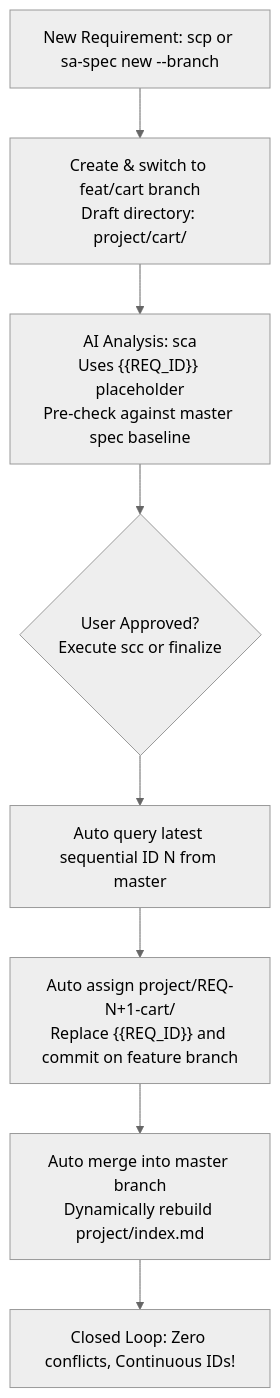
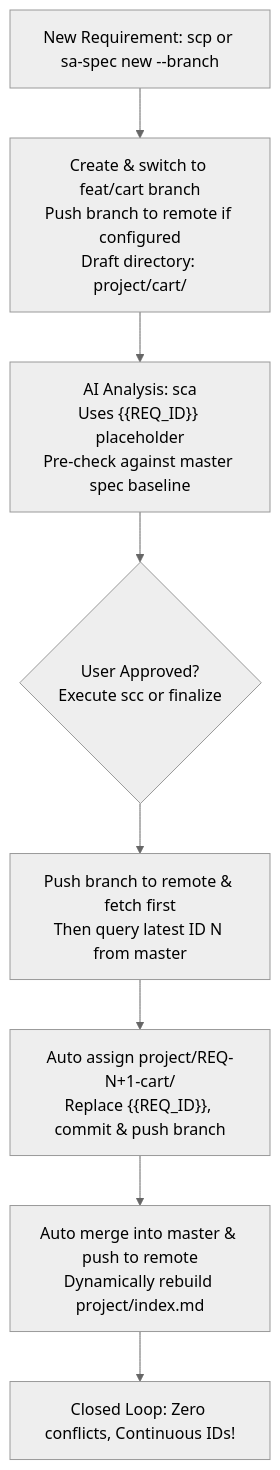
One commit to lovius215/ai_spec changed the diagram in README.en.md. Above: the diagram before and after it, drawn with Mermaid (neutral theme). The commit also changed other lines of this file and 12 other files, not shown here.

Commit message:
feat: 支援 Git Remote 自動推送鐵律 (scp/scc) 與 v0.2.6 定版

````diff
--- a/README.en.md
+++ b/README.en.md
@@ -103,10 +103,10 @@
 ```mermaid
 flowchart TD
-    A["New Requirement: scp or sa-spec new --branch"] --> B["Create & switch to feat/cart branch<br/>Draft directory: project/cart/"]
+    A["New Requirement: scp or sa-spec new --branch"] --> B["Create & switch to feat/cart branch<br/>Push branch to remote if configured<br/>Draft directory: project/cart/"]
     B --> C["AI Analysis: sca<br/>Uses {{REQ_ID}} placeholder<br/>Pre-check against master spec baseline"]
     C --> D{"User Approved?<br/>Execute scc or finalize"}
-    D --> E["Auto query latest sequential ID N from master"]
-    E --> F["Auto assign project/REQ-N+1-cart/<br/>Replace {{REQ_ID}} and commit on feature branch"]
-    F --> G["Auto merge into master branch<br/>Dynamically rebuild project/index.md"]
+    D --> E["Push branch to remote & fetch first<br/>Then query latest ID N from master"]
+    E --> F["Auto assign project/REQ-N+1-cart/<br/>Replace {{REQ_ID}}, commit & push branch"]
+    F --> G["Auto merge into master & push to remote<br/>Dynamically rebuild project/index.md"]
     G --> H["Closed Loop: Zero conflicts, Continuous IDs!"]
 ```
````
